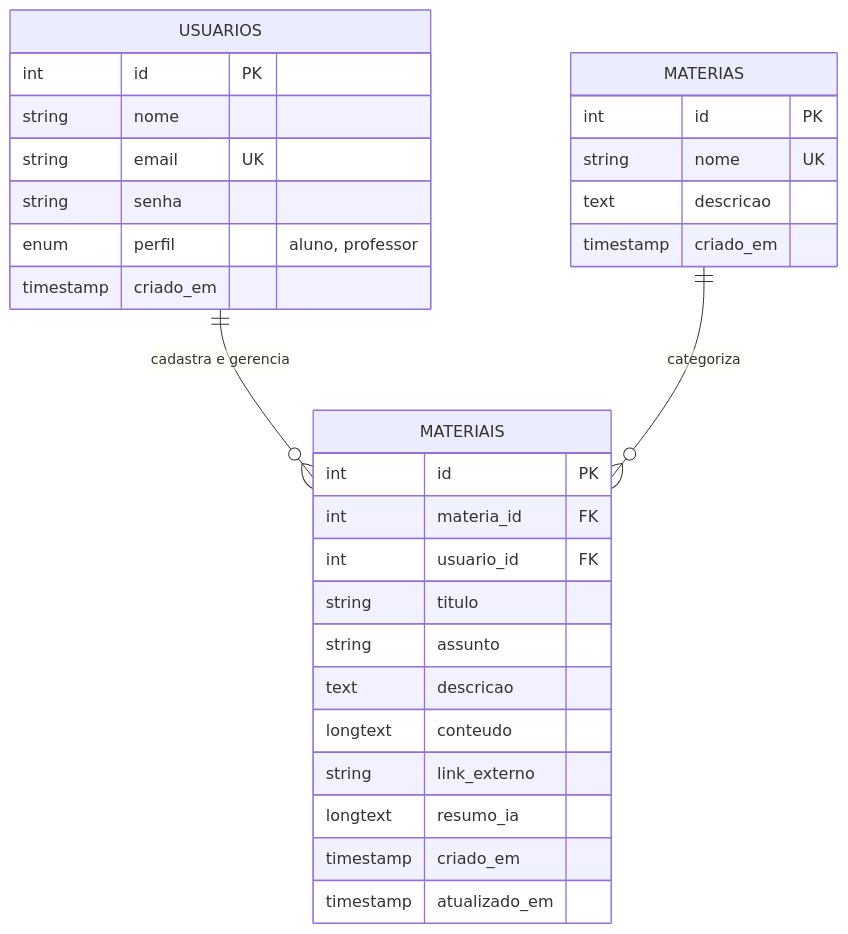
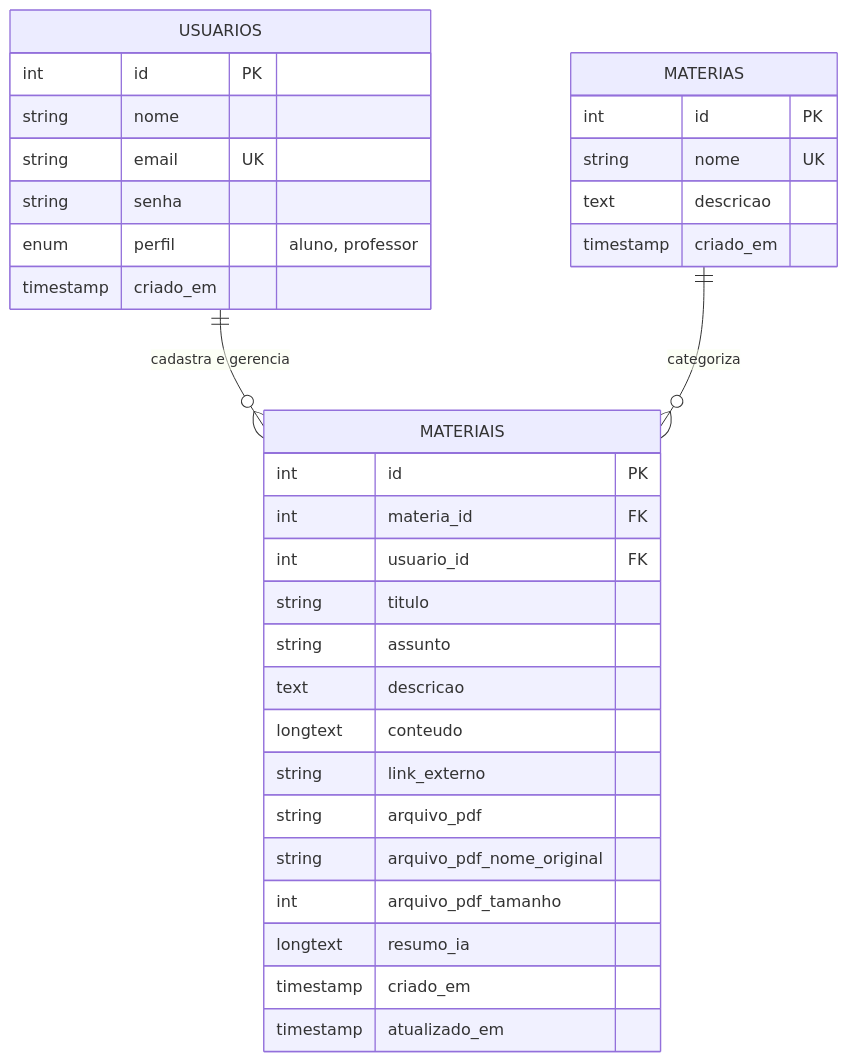
The diagram in spec.md (mariaclaraoficial19-droid/aula-mais), drawn with Mermaid before and after one commit. The commit also changed other lines of this file and 14 other files, not shown here.

````diff
--- a/spec.md
+++ b/spec.md
@@ -106,35 +106,38 @@
 ```mermaid
 erDiagram
     USUARIOS ||--o{ MATERIAIS : "cadastra e gerencia"
     MATERIAS ||--o{ MATERIAIS : "categoriza"
 
     USUARIOS {
         int id PK
         string nome
         string email UK
         string senha
         enum perfil "aluno, professor"
         timestamp criado_em
     }
 
     MATERIAS {
         int id PK
         string nome UK
         text descricao
         timestamp criado_em
     }
 
     MATERIAIS {
         int id PK
         int materia_id FK
         int usuario_id FK
         string titulo
         string assunto
         text descricao
         longtext conteudo
         string link_externo
+        string arquivo_pdf
+        string arquivo_pdf_nome_original
+        int arquivo_pdf_tamanho
         longtext resumo_ia
         timestamp criado_em
         timestamp atualizado_em
     }
 ```
````
